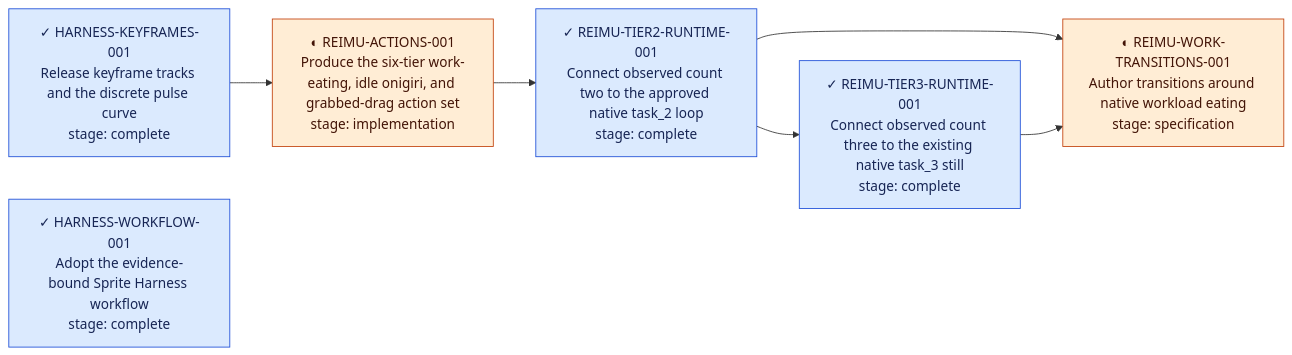
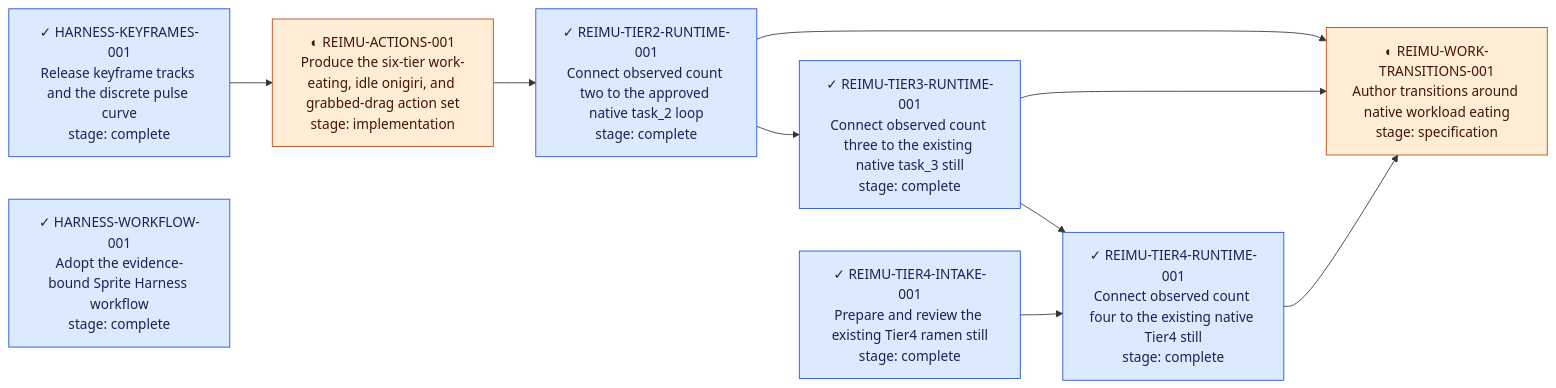
One commit to lyw-ops/Spirite-harness changed the diagram in workflow/README.md. Above: the diagram before and after it, drawn with Mermaid. The commit also changed other lines of this file and 9 other files, not shown here.

Commit message:
Close Reimu Tier4 runtime delivery

````diff
--- a/workflow/README.md
+++ b/workflow/README.md
@@ -41,19 +43,24 @@
 ```mermaid
 flowchart LR
     N_HARNESS_KEYFRAMES_001["✓ HARNESS-KEYFRAMES-001<br/>Release keyframe tracks and the discrete pulse curve<br/>stage: complete"]
     N_HARNESS_WORKFLOW_001["✓ HARNESS-WORKFLOW-001<br/>Adopt the evidence-bound Sprite Harness workflow<br/>stage: complete"]
     N_REIMU_ACTIONS_001["◐ REIMU-ACTIONS-001<br/>Produce the six-tier work-eating, idle onigiri, and grabbed-drag action set<br/>stage: implementation"]
     N_REIMU_TIER2_RUNTIME_001["✓ REIMU-TIER2-RUNTIME-001<br/>Connect observed count two to the approved native task_2 loop<br/>stage: complete"]
     N_REIMU_TIER3_RUNTIME_001["✓ REIMU-TIER3-RUNTIME-001<br/>Connect observed count three to the existing native task_3 still<br/>stage: complete"]
+    N_REIMU_TIER4_INTAKE_001["✓ REIMU-TIER4-INTAKE-001<br/>Prepare and review the existing Tier4 ramen still<br/>stage: complete"]
+    N_REIMU_TIER4_RUNTIME_001["✓ REIMU-TIER4-RUNTIME-001<br/>Connect observed count four to the existing native Tier4 still<br/>stage: complete"]
     N_REIMU_WORK_TRANSITIONS_001["◐ REIMU-WORK-TRANSITIONS-001<br/>Author transitions around native workload eating<br/>stage: specification"]
     N_HARNESS_KEYFRAMES_001 --> N_REIMU_ACTIONS_001
     N_REIMU_ACTIONS_001 --> N_REIMU_TIER2_RUNTIME_001
     N_REIMU_TIER2_RUNTIME_001 --> N_REIMU_TIER3_RUNTIME_001
+    N_REIMU_TIER3_RUNTIME_001 --> N_REIMU_TIER4_RUNTIME_001
+    N_REIMU_TIER4_INTAKE_001 --> N_REIMU_TIER4_RUNTIME_001
     N_REIMU_TIER2_RUNTIME_001 --> N_REIMU_WORK_TRANSITIONS_001
     N_REIMU_TIER3_RUNTIME_001 --> N_REIMU_WORK_TRANSITIONS_001
+    N_REIMU_TIER4_RUNTIME_001 --> N_REIMU_WORK_TRANSITIONS_001
     classDef complete fill:#dbeafe,stroke:#1d4ed8,color:#172554;
     classDef active fill:#ffedd5,stroke:#c2410c,color:#431407;
     classDef blocked fill:#fee2e2,stroke:#b91c1c,color:#450a0a;
-    class N_HARNESS_KEYFRAMES_001,N_HARNESS_WORKFLOW_001,N_REIMU_TIER2_RUNTIME_001,N_REIMU_TIER3_RUNTIME_001 complete;
+    class N_HARNESS_KEYFRAMES_001,N_HARNESS_WORKFLOW_001,N_REIMU_TIER2_RUNTIME_001,N_REIMU_TIER3_RUNTIME_001,N_REIMU_TIER4_INTAKE_001,N_REIMU_TIER4_RUNTIME_001 complete;
     class N_REIMU_ACTIONS_001,N_REIMU_WORK_TRANSITIONS_001 active;
 ```
````
